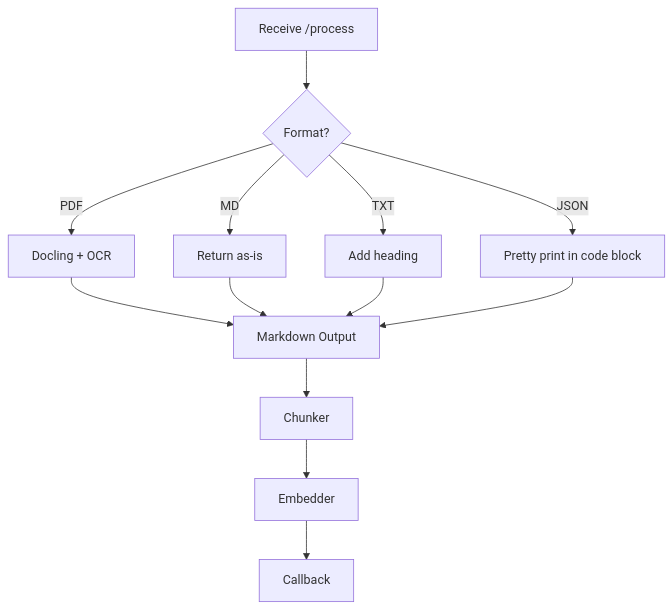
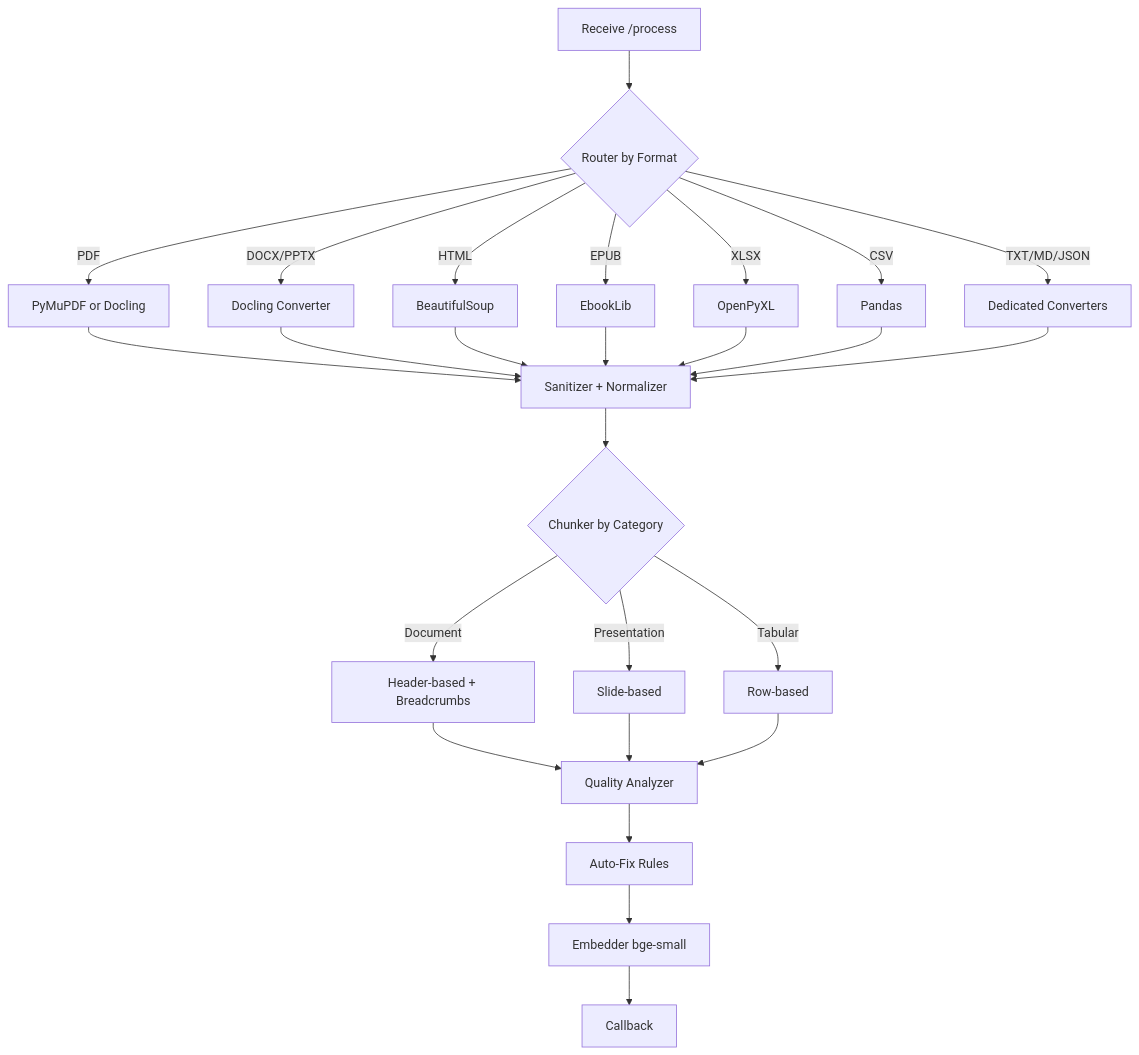
The fourth of 5 diagrams in docs/data-flow.md (namtroi/RAGBase), drawn with Mermaid before and after one commit. The commit also changed other lines of this file and 22 other files, not shown here.

````diff
--- a/docs/data-flow.md
+++ b/docs/data-flow.md
@@ -103,17 +104,31 @@
 ```mermaid
 graph TD
-    A[Receive /process] --> B{Format?}
-    B -->|PDF| C[Docling + OCR]
-    B -->|MD| D[Return as-is]
-    B -->|TXT| E[Add heading]
-    B -->|JSON| F[Pretty print in code block]
+    A[Receive /process] --> B{Router by Format}
+    B -->|PDF| C[PyMuPDF or Docling]
+    B -->|DOCX/PPTX| D[Docling Converter]
+    B -->|HTML| E[BeautifulSoup]
+    B -->|EPUB| F[EbookLib]
+    B -->|XLSX| G[OpenPyXL]
+    B -->|CSV| H[Pandas]
+    B -->|TXT/MD/JSON| I[Dedicated Converters]
     
-    C --> G[Markdown Output]
-    D --> G
-    E --> G
-    F --> G
+    C --> J[Sanitizer + Normalizer]
+    D --> J
+    E --> J
+    F --> J
+    G --> J
+    H --> J
+    I --> J
     
-    G --> H[Chunker]
-    H --> I[Embedder]
-    I --> J[Callback]
+    J --> K{Chunker by Category}
+    K -->|Document| L[Header-based + Breadcrumbs]
+    K -->|Presentation| M[Slide-based]
+    K -->|Tabular| N[Row-based]
+    
+    L --> O[Quality Analyzer]
+    M --> O
+    N --> O
+    O --> P[Auto-Fix Rules]
+    P --> Q[Embedder bge-small]
+    Q --> R[Callback]
 ```
````
